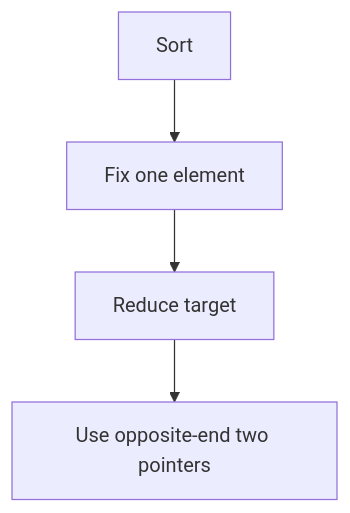
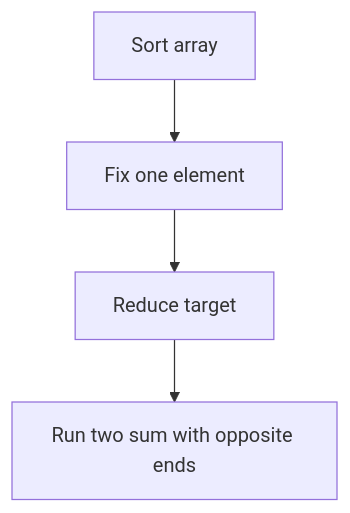
The ninth of 36 diagrams in CP_DSA_NOTES/CONCEPT_FRAMEWORK_FORMS_TATICS/two_pointers_sliding_window_playbook.md (mthaiseer/springcloud-systemdesign-notes), drawn with Mermaid before and after one commit. The commit also changed other lines of this file, not shown here.

````diff
--- a/CP_DSA_NOTES/CONCEPT_FRAMEWORK_FORMS_TATICS/two_pointers_sliding_window_playbook.md
+++ b/CP_DSA_NOTES/CONCEPT_FRAMEWORK_FORMS_TATICS/two_pointers_sliding_window_playbook.md
@@ -247,6 +268,6 @@
 ```mermaid
 flowchart TD
-    A["Sort"] --> B["Fix one element"]
+    A["Sort array"] --> B["Fix one element"]
     B --> C["Reduce target"]
-    C --> D["Use opposite-end two pointers"]
+    C --> D["Run two sum with opposite ends"]
 ```
````
